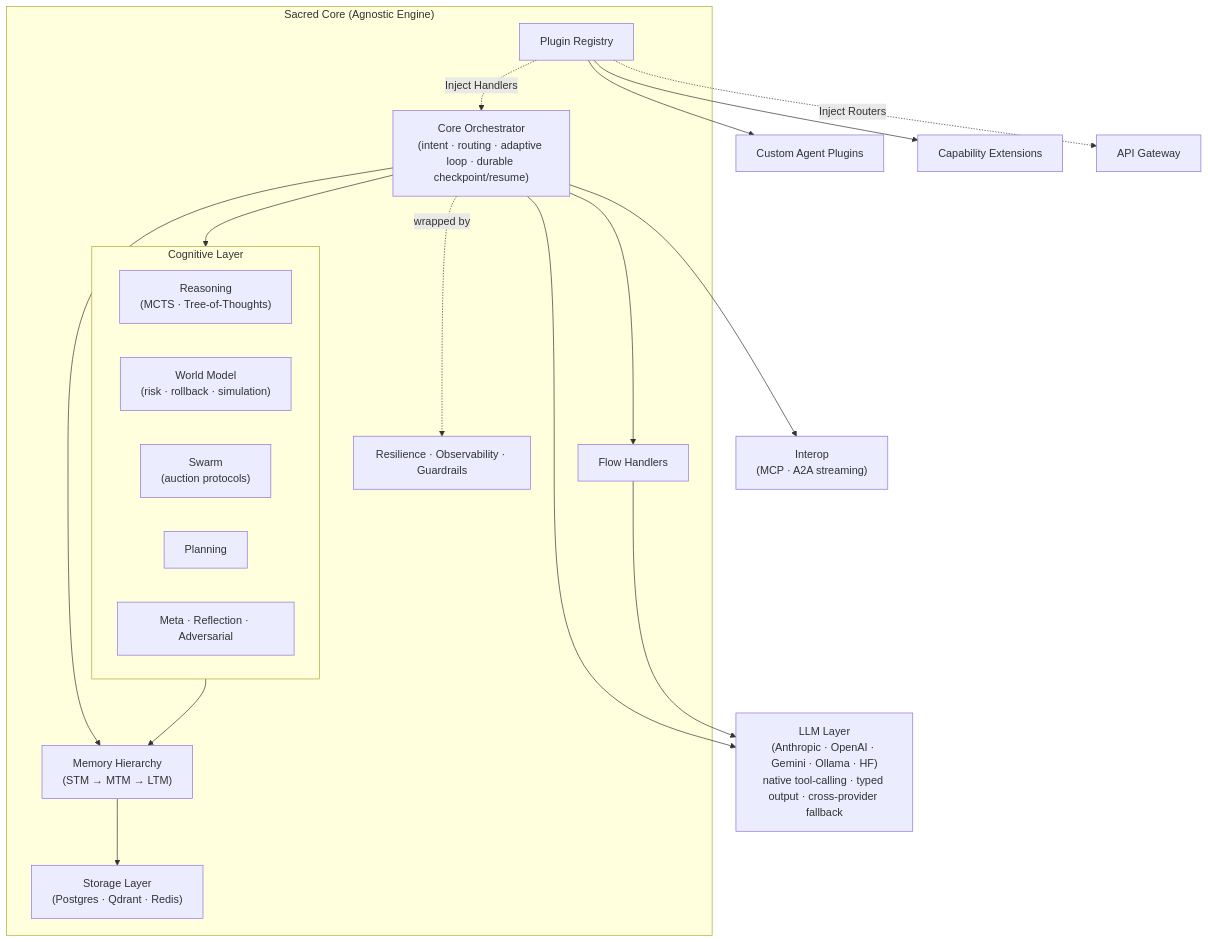
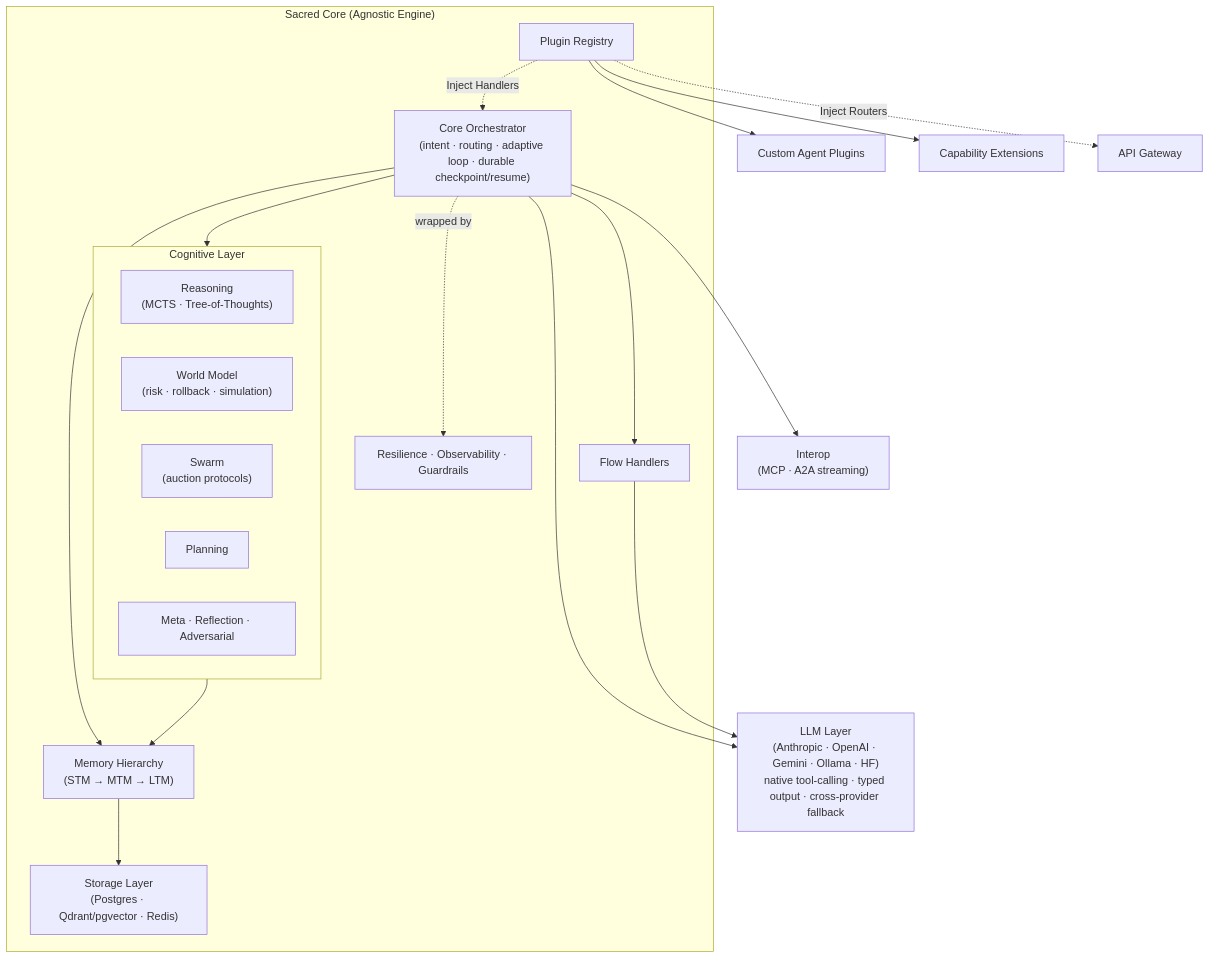
The diagram in README.md (baselithcore/baselithcore), drawn with Mermaid before and after one commit. The commit also changed other lines of this file, not shown here.

Commit message:
docs: update README with test metrics, storage backend notes

````diff
--- a/README.md
+++ b/README.md
@@ -54,37 +54,37 @@
 ```mermaid
 graph TD
     subgraph SC["Sacred Core (Agnostic Engine)"]
         A["Core Orchestrator<br/>(intent · routing · adaptive loop · durable checkpoint/resume)"]
         F["Flow Handlers"]
 
         subgraph COG["Cognitive Layer"]
             RE["Reasoning<br/>(MCTS · Tree-of-Thoughts)"]
             WM["World Model<br/>(risk · rollback · simulation)"]
             SW["Swarm<br/>(auction protocols)"]
             PL["Planning"]
             MT["Meta · Reflection · Adversarial"]
         end
 
         M["Memory Hierarchy<br/>(STM → MTM → LTM)"]
-        S["Storage Layer<br/>(Postgres · Qdrant · Redis)"]
+        S["Storage Layer<br/>(Postgres · Qdrant/pgvector · Redis)"]
         R["Plugin Registry"]
         RES["Resilience · Observability · Guardrails"]
     end
 
     A --> COG
     A --> F
     A --> M
     M --> S
     COG --> M
 
     R --> C["Custom Agent Plugins"]
     R --> D["Capability Extensions"]
     R -.->|Inject Handlers| A
     R -.->|Inject Routers| G["API Gateway"]
 
     A --> H["LLM Layer<br/>(Anthropic · OpenAI · Gemini · Ollama · HF)<br/>native tool-calling · typed output · cross-provider fallback"]
     F --> H
 
     A --> I["Interop<br/>(MCP · A2A streaming)"]
     A -.->|wrapped by| RES
 ```
````
